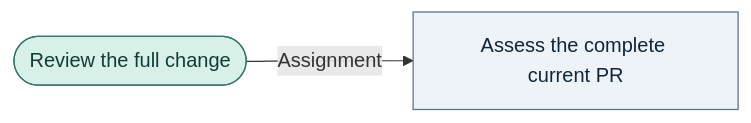
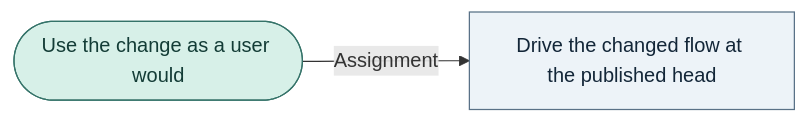
The diagram in docs/graph/blueprint/views/workers/verifier.mmd (bookout-labs/tools), drawn with Mermaid before and after one commit. The commit also changed 24 other files, not shown here.

Commit message:
Draw the Verify stage: the verifier uses the change as a user would before review (D11)

```diff
--- a/docs/graph/blueprint/views/workers/verifier.mmd
+++ b/docs/graph/blueprint/views/workers/verifier.mmd
@@ -1,9 +1,9 @@
 flowchart LR
-    n0(["Review the full change"]):::worker
-    n1["Assess the complete current PR"]:::step
+    n0(["Use the change as a user would"]):::worker
+    n1["Drive the changed flow at the published head"]:::step
     n0 -->|"Assignment"| n1
     classDef stage fill:#dcebf8,stroke:#315675,color:#10283b
     classDef step fill:#edf3f8,stroke:#597187,color:#132638
     classDef worker fill:#d7f0e8,stroke:#357369,color:#133c36
     classDef gate fill:#fff0c9,stroke:#89641f,color:#3f2b0b
     classDef terminal fill:#f0f0f0,stroke:#666666,color:#202020
```
